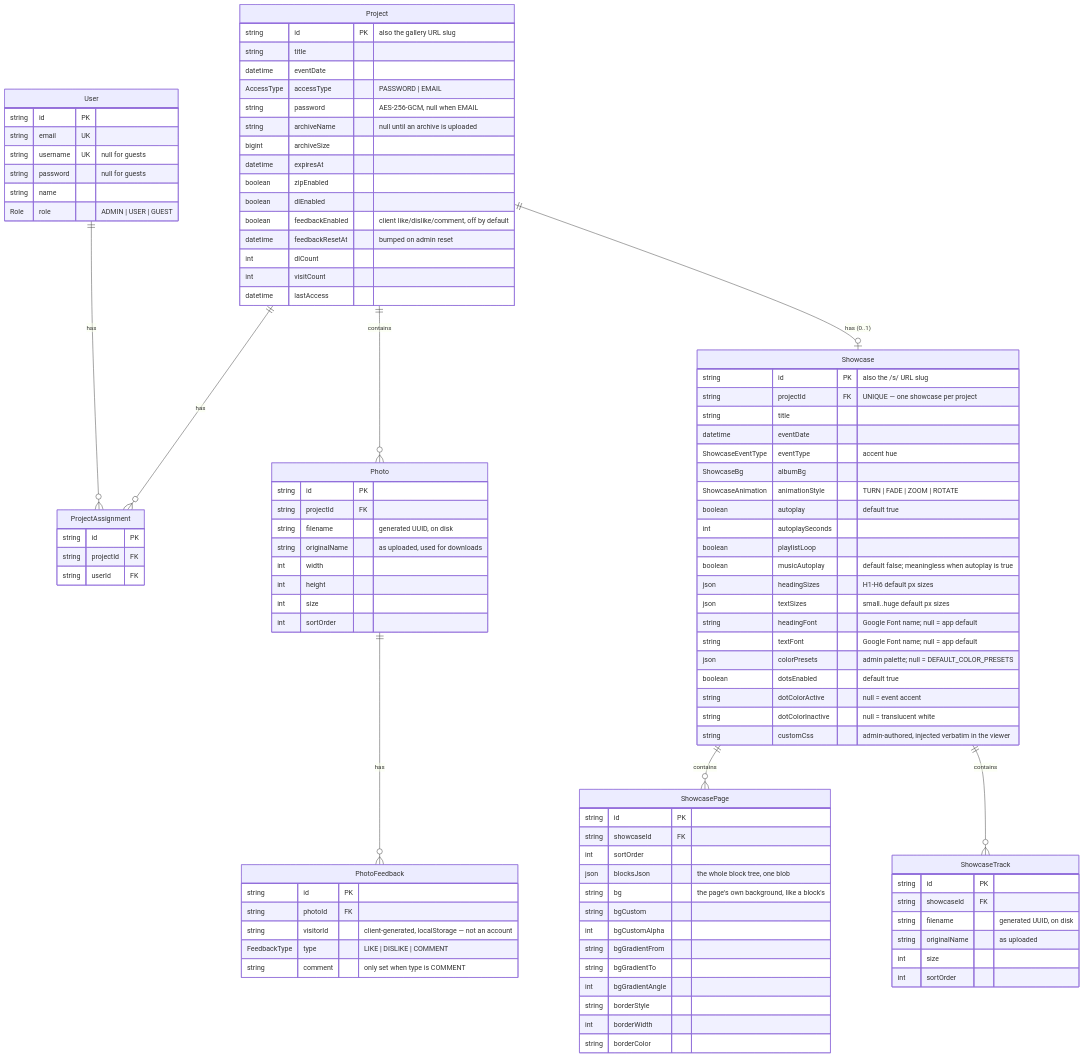
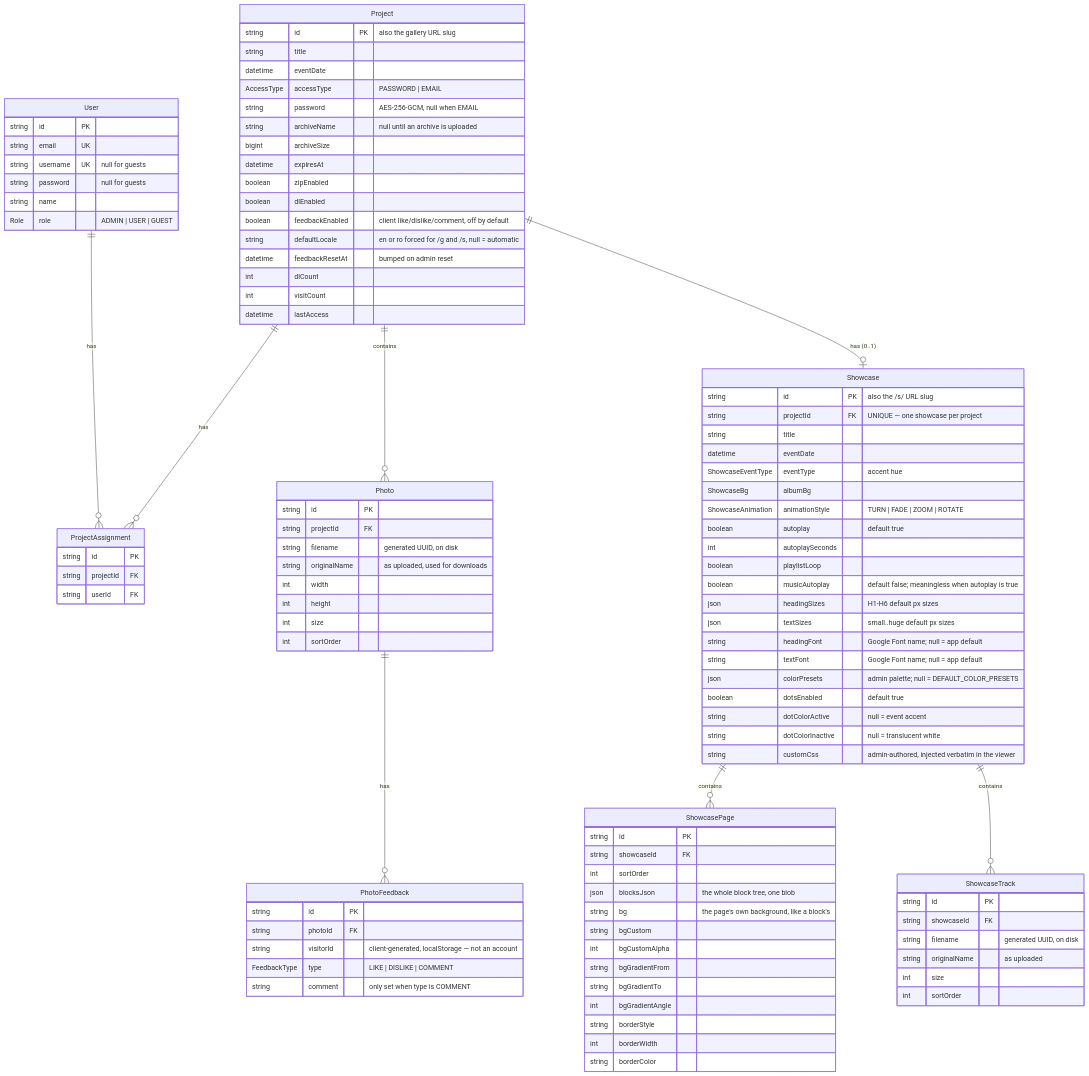
Before and after one commit to Geobusteni/kuvalib: the first of 3 diagrams in ARCHITECTURE.md, drawn with Mermaid. The commit also changed other lines of this file and 6 other files, not shown here.

```diff
--- a/ARCHITECTURE.md
+++ b/ARCHITECTURE.md
@@ -174,6 +174,7 @@
         boolean zipEnabled
         boolean dlEnabled
         boolean feedbackEnabled "client like/dislike/comment, off by default"
+        string defaultLocale "en or ro forced for /g and /s, null = automatic"
         datetime feedbackResetAt "bumped on admin reset"
         int dlCount
         int visitCount
```
